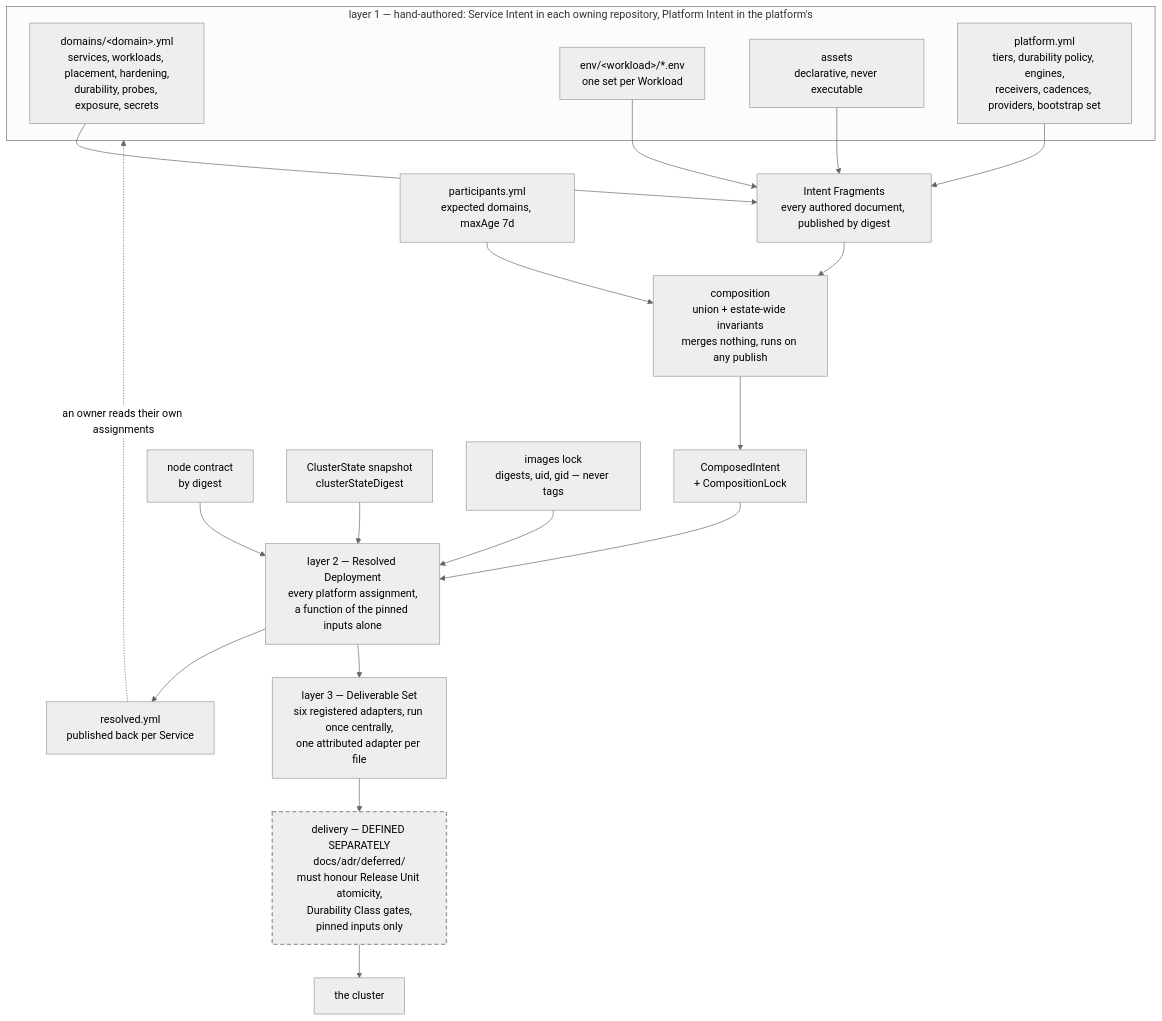
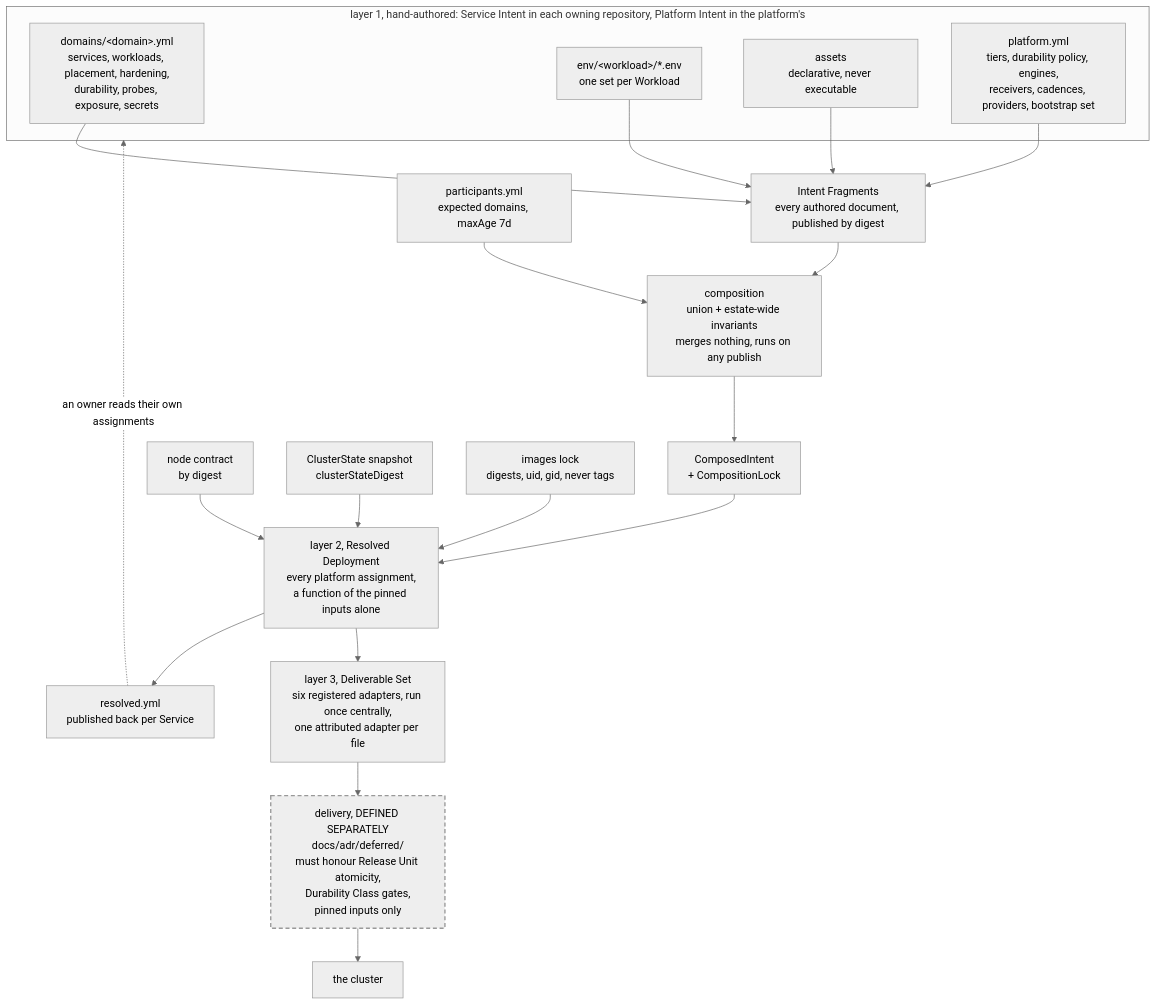
Before and after one commit to JorisJonkers-dev/deploy-kit: the diagram in spec/v1/00-overview.md, drawn with Mermaid (neutral theme). The commit also changed other lines of this file and 155 other files, not shown here.

````diff
--- a/spec/v1/00-overview.md
+++ b/spec/v1/00-overview.md
@@ -420,34 +418,34 @@
 ```mermaid
 flowchart TB
-    subgraph AUTH["layer 1 — hand-authored: Service Intent in each owning repository, Platform Intent in the platform's"]
+    subgraph AUTH["layer 1, hand-authored: Service Intent in each owning repository, Platform Intent in the platform's"]
         a1["domains/&lt;domain&gt;.yml<br/>services, workloads, placement, hardening,<br/>durability, probes, exposure, secrets"]
         a2["env/&lt;workload&gt;/*.env<br/>one set per Workload"]
         a3["assets<br/>declarative, never executable"]
         a5["platform.yml<br/>tiers, durability policy, engines,<br/>receivers, cadences, providers, bootstrap set"]
     end
 
     a1 --> FR["Intent Fragments<br/>every authored document, published by digest"]
     a2 --> FR
     a3 --> FR
     a5 --> FR
 
     FR --> CO["composition<br/>union + estate-wide invariants<br/>merges nothing, runs on any publish"]
     PAR["participants.yml<br/>expected domains, maxAge 7d"] --> CO
     CO --> CI["ComposedIntent<br/>+ CompositionLock"]
 
-    CI --> RES["layer 2 — Resolved Deployment<br/>every platform assignment,<br/>a function of the pinned inputs alone"]
+    CI --> RES["layer 2, Resolved Deployment<br/>every platform assignment,<br/>a function of the pinned inputs alone"]
     NC["node contract<br/>by digest"] --> RES
     CS["ClusterState snapshot<br/>clusterStateDigest"] --> RES
-    IL["images lock<br/>digests, uid, gid — never tags"] --> RES
+    IL["images lock<br/>digests, uid, gid, never tags"] --> RES
 
     RES --> RS["resolved.yml<br/>published back per Service"]
-    RES --> DS["layer 3 — Deliverable Set<br/>six registered adapters, run once centrally,<br/>one attributed adapter per file"]
+    RES --> DS["layer 3, Deliverable Set<br/>six registered adapters, run once centrally,<br/>one attributed adapter per file"]
 
-    DS --> DEL["delivery — DEFINED SEPARATELY<br/>docs/adr/deferred/<br/>must honour Release Unit atomicity,<br/>Durability Class gates,<br/>pinned inputs only"]
+    DS --> DEL["delivery, DEFINED SEPARATELY<br/>docs/adr/deferred/<br/>must honour Release Unit atomicity,<br/>Durability Class gates,<br/>pinned inputs only"]
     DEL --> K["the cluster"]
 
     RS -.->|"an owner reads their own assignments"| AUTH
 
     classDef separate stroke-width:2px,stroke-dasharray:6 4;
     class DEL separate;
 ```
````
